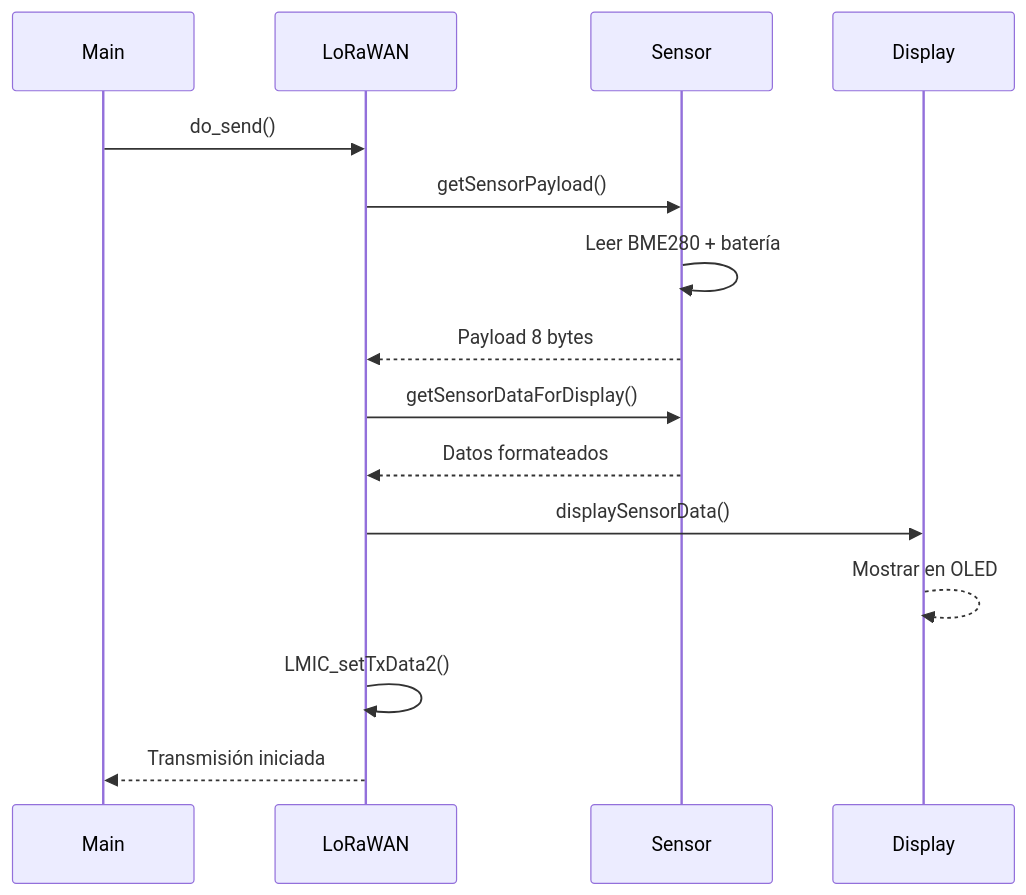
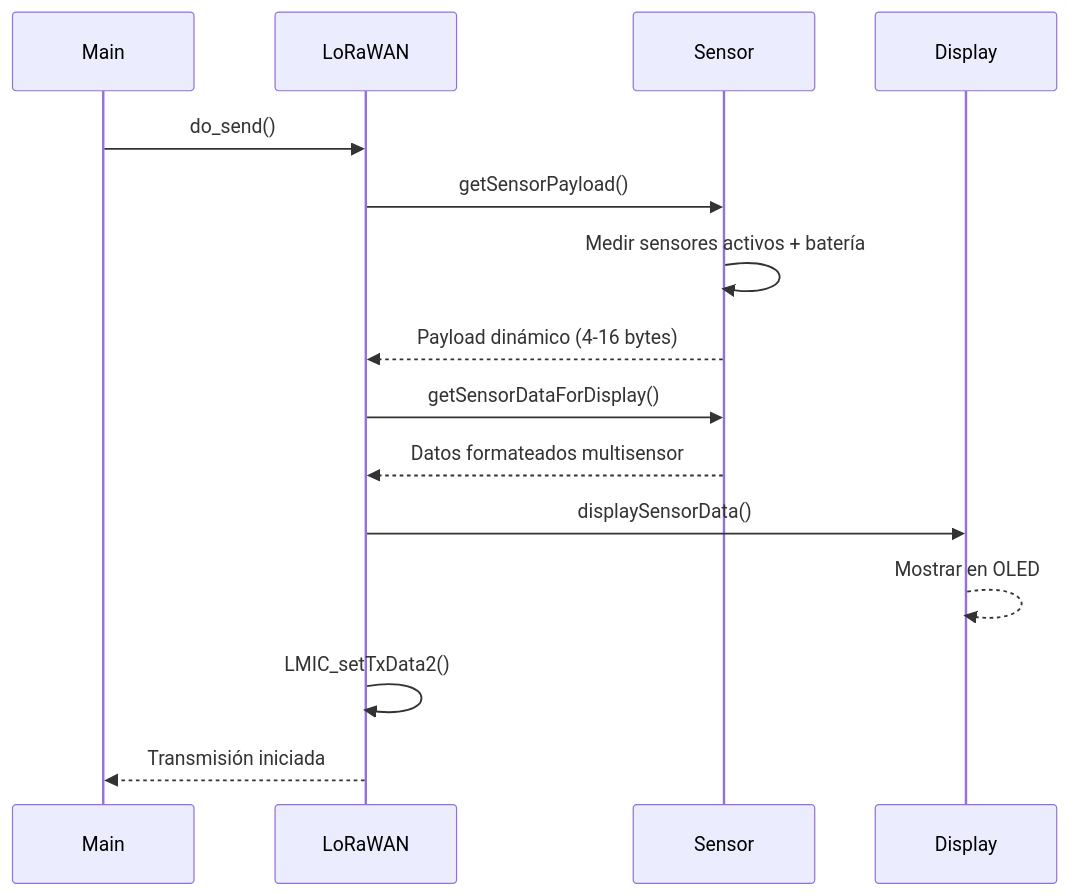
One commit to ogrgijon/lilygo-lora-1_6_1-lowpower changed the fourth of 5 diagrams in docs/arquitectura.md. Above: the diagram before and after it, drawn with Mermaid. The commit also changed other lines of this file and 50 other files, not shown here.

````diff
--- a/docs/arquitectura.md
+++ b/docs/arquitectura.md
@@ -182,18 +228,18 @@
 ```mermaid
 sequenceDiagram
     participant Main
     participant LoRaWAN
     participant Sensor
     participant Display
 
     Main->>LoRaWAN: do_send()
     LoRaWAN->>Sensor: getSensorPayload()
-    Sensor->>Sensor: Leer BME280 + batería
-    Sensor-->>LoRaWAN: Payload 8 bytes
+    Sensor->>Sensor: Medir sensores activos + batería
+    Sensor-->>LoRaWAN: Payload dinámico (4-16 bytes)
     LoRaWAN->>Sensor: getSensorDataForDisplay()
-    Sensor-->>LoRaWAN: Datos formateados
+    Sensor-->>LoRaWAN: Datos formateados multisensor
     LoRaWAN->>Display: displaySensorData()
     Display-->>Display: Mostrar en OLED
     LoRaWAN->>LoRaWAN: LMIC_setTxData2()
     LoRaWAN-->>Main: Transmisión iniciada
 ```
````
